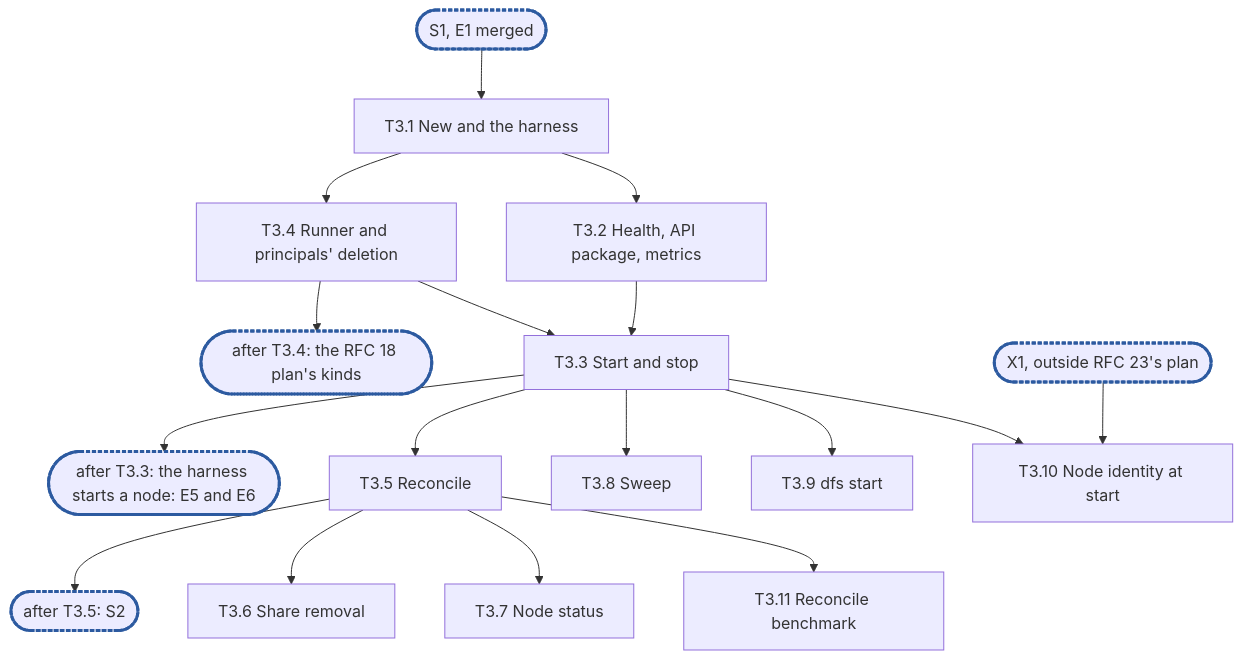
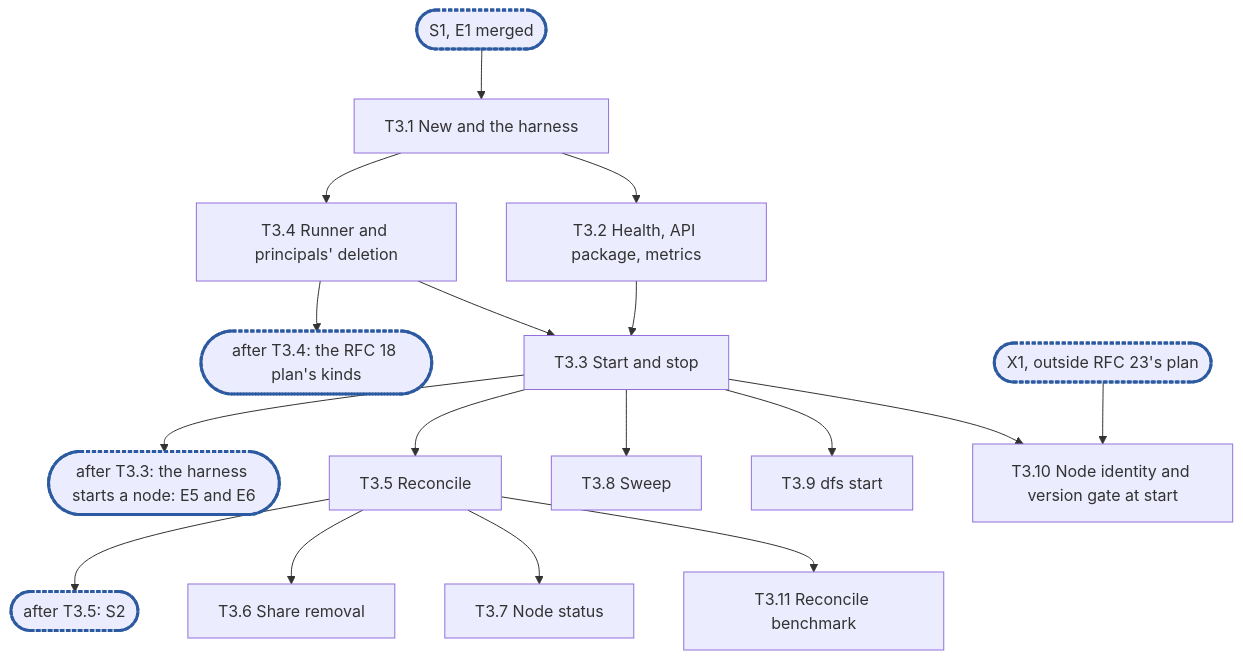
Before and after one commit to cubbit/dittofs: the diagram in .planning/rfc-23-control-plane-epic3.md, drawn with Mermaid. The commit also changed other lines of this file and 2 other files, not shown here.

First line of the commit message:
docs(planning): name the start step that calls the version gate

````diff
--- a/.planning/rfc-23-control-plane-epic3.md
+++ b/.planning/rfc-23-control-plane-epic3.md
@@ -783,19 +789,19 @@
 ```mermaid
 flowchart TD
   S1(["S1, E1 merged"]):::sync --> T3_1["T3.1 New and the harness"]
   T3_1 --> T3_4["T3.4 Runner and principals' deletion"]
   T3_4 --> C2(["after T3.4: the RFC 18 plan's kinds"]):::sync
   T3_1 --> T3_2["T3.2 Health, API package, metrics"]
   T3_2 & T3_4 --> T3_3["T3.3 Start and stop"]
   T3_3 --> C1(["after T3.3: the harness starts a node: E5 and E6"]):::sync
   T3_3 --> T3_5["T3.5 Reconcile"]
   T3_5 --> C3(["after T3.5: S2"]):::sync
   T3_5 --> T3_6["T3.6 Share removal"]
   T3_5 --> T3_7["T3.7 Node status"]
   T3_3 --> T3_8["T3.8 Sweep"]
   T3_3 --> T3_9["T3.9 dfs start"]
-  T3_3 --> T3_10["T3.10 Node identity at start"]
+  T3_3 --> T3_10["T3.10 Node identity and version gate at start"]
   X1(["X1, outside RFC 23's plan"]):::sync --> T3_10
   T3_5 --> T3_11["T3.11 Reconcile benchmark"]
   classDef sync stroke:#2c5aa0,stroke-width:3px,stroke-dasharray:4 2
 ```
````
